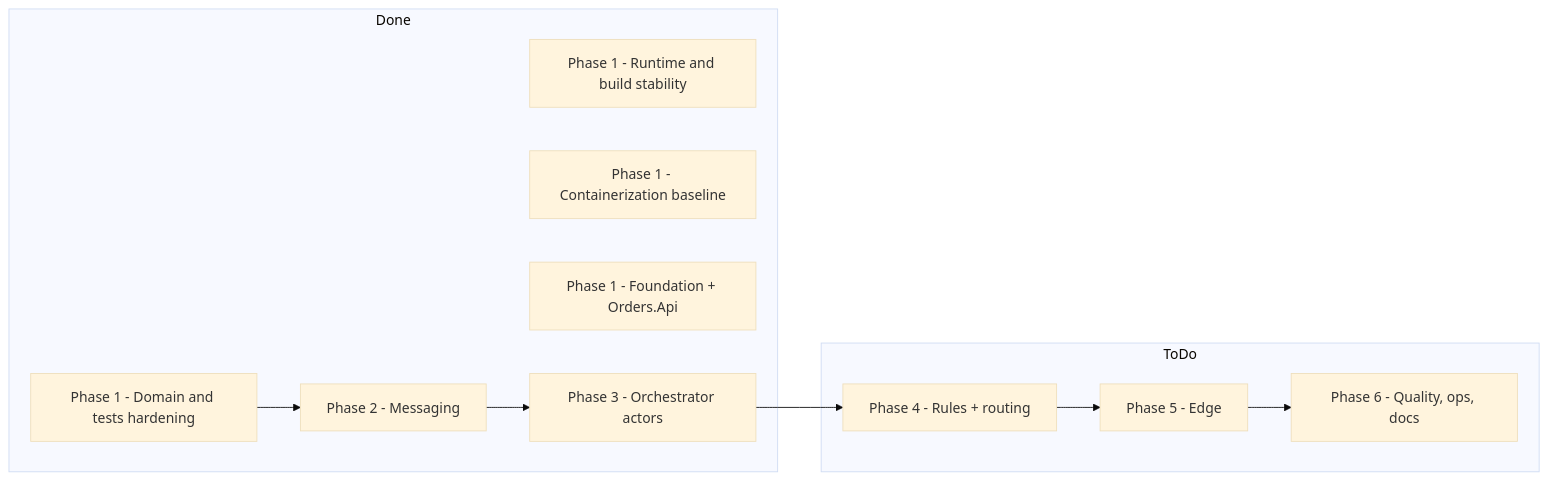
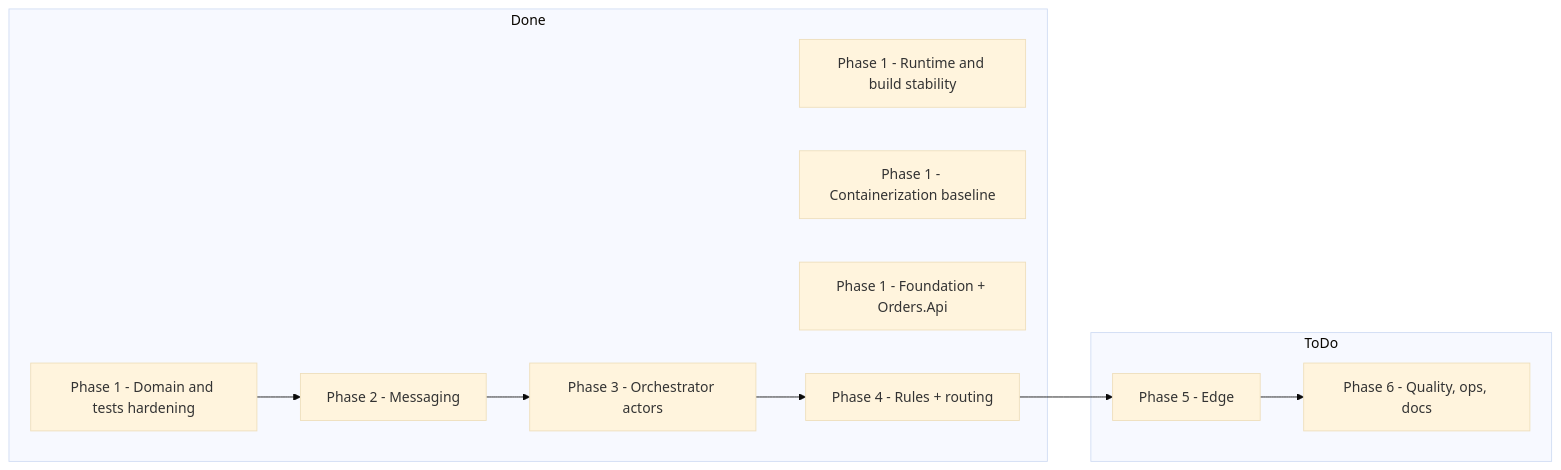
Before and after one commit to tdutra-dev/intralogistics-orchestrator: the third of 3 diagrams in README.md, drawn with Mermaid (base theme). The commit also changed other lines of this file, not shown here.

Commit message:
docs(phase4): update README phase recap

````diff
--- a/README.md
+++ b/README.md
@@ -83,19 +83,19 @@
 ```mermaid
 flowchart LR
    subgraph Done
       D1[Phase 1 - Runtime and build stability]
       D2[Phase 1 - Containerization baseline]
       D3[Phase 1 - Foundation + Orders.Api]
       D4[Phase 1 - Domain and tests hardening]
       D5[Phase 2 - Messaging]
       D6[Phase 3 - Orchestrator actors]
+      D7[Phase 4 - Rules + routing]
    end
 
    subgraph ToDo
-      T4[Phase 4 - Rules + routing]
       T5[Phase 5 - Edge]
       T6[Phase 6 - Quality, ops, docs]
    end
 
-   D4 --> D5 --> D6 --> T4 --> T5 --> T6
+   D4 --> D5 --> D6 --> D7 --> T5 --> T6
 ```
````
